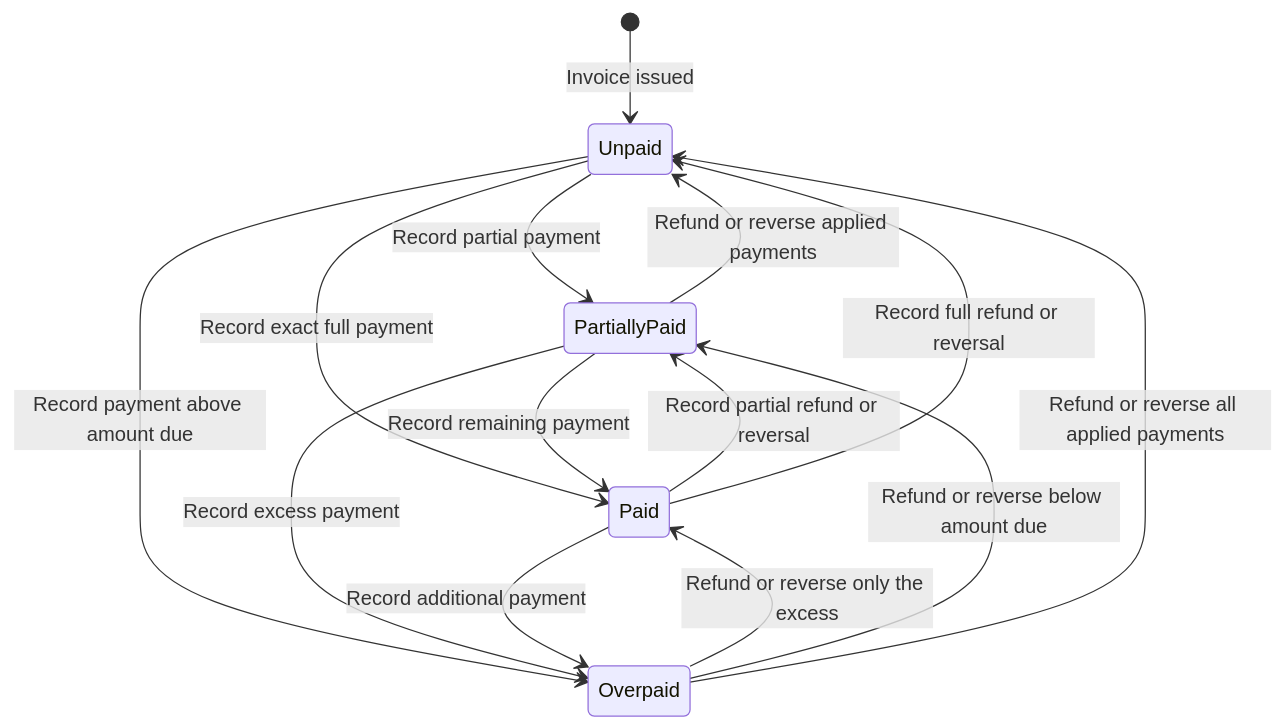
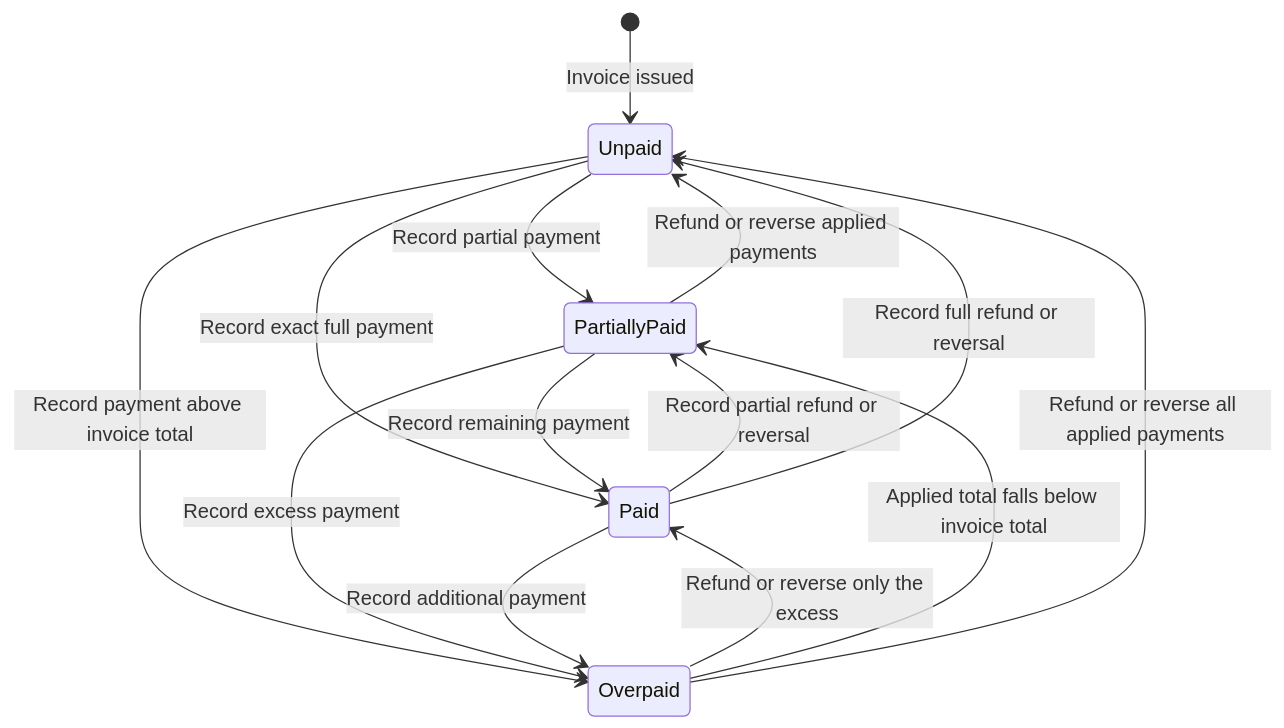
One commit to atreyhazelhispanic/stagenum changed the seventh of 7 diagrams in docs/product/staged-work-lifecycle.md. Above: the diagram before and after it, drawn with Mermaid. The commit also changed other lines of this file and 5 other files, not shown here.

First line of the commit message:
docs: define invoice and payment states

````diff
--- a/docs/product/staged-work-lifecycle.md
+++ b/docs/product/staged-work-lifecycle.md
@@ -379,16 +381,16 @@
 ```mermaid
 stateDiagram-v2
     [*] --> Unpaid: Invoice issued
     Unpaid --> PartiallyPaid: Record partial payment
     Unpaid --> Paid: Record exact full payment
-    Unpaid --> Overpaid: Record payment above amount due
+    Unpaid --> Overpaid: Record payment above invoice total
     PartiallyPaid --> Paid: Record remaining payment
     PartiallyPaid --> Overpaid: Record excess payment
     Paid --> Overpaid: Record additional payment
     Overpaid --> Paid: Refund or reverse only the excess
-    Overpaid --> PartiallyPaid: Refund or reverse below amount due
+    Overpaid --> PartiallyPaid: Applied total falls below invoice total
     Overpaid --> Unpaid: Refund or reverse all applied payments
     Paid --> PartiallyPaid: Record partial refund or reversal
     Paid --> Unpaid: Record full refund or reversal
     PartiallyPaid --> Unpaid: Refund or reverse applied payments
 ```
````
